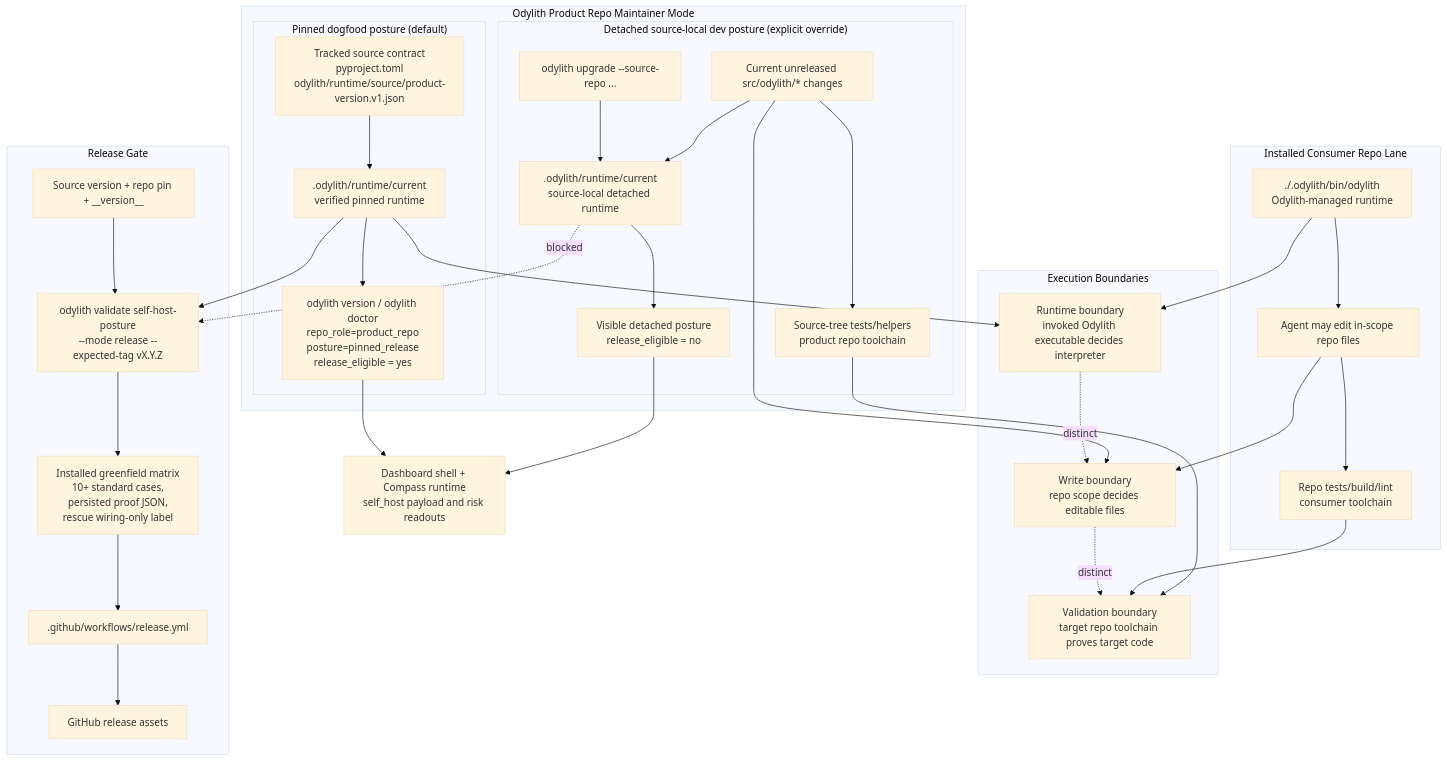
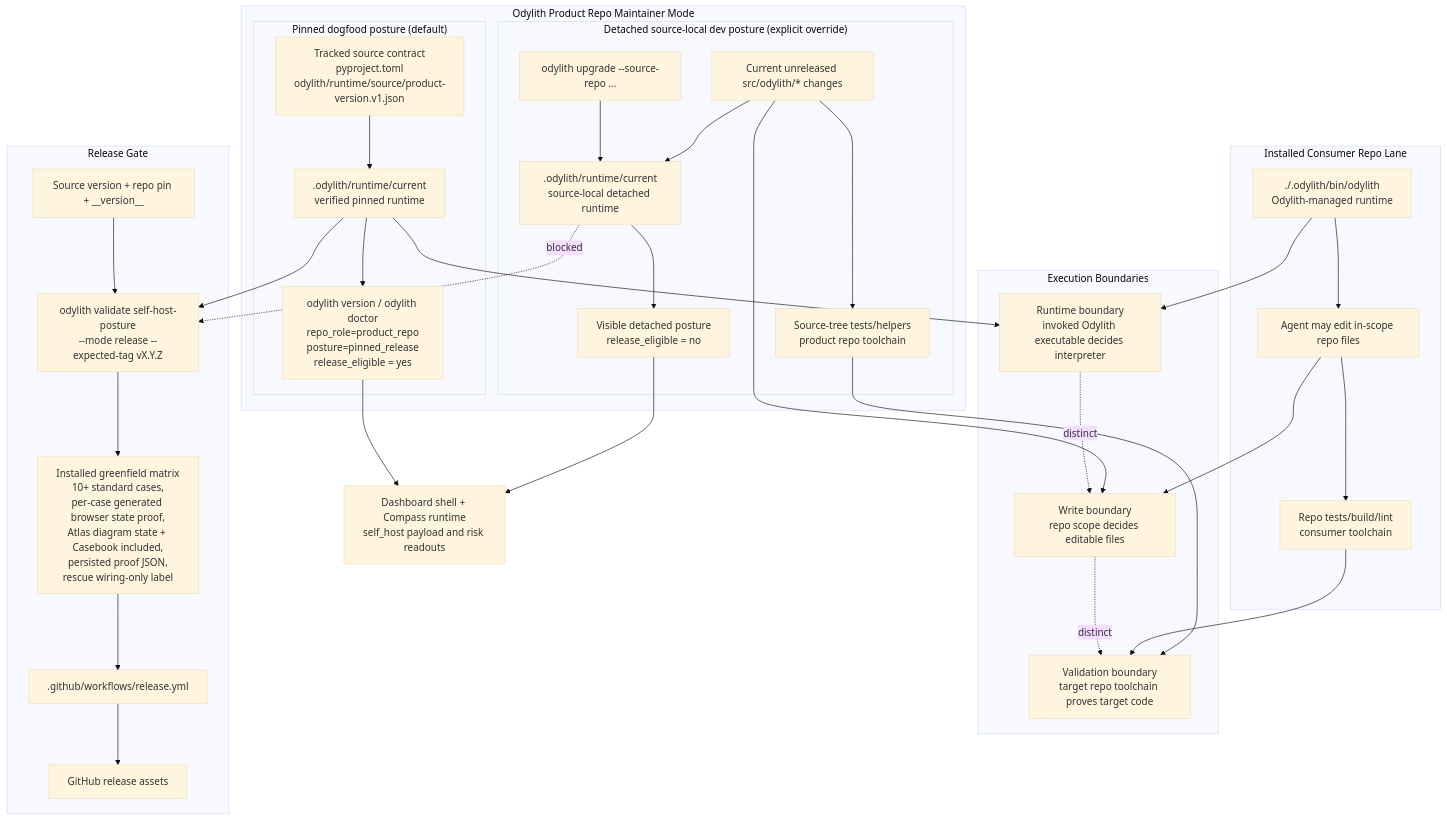
Before and after one commit to odylith/odylith: the diagram in odylith/atlas/source/odylith-self-host-runtime-and-release-gate.mmd, drawn with Mermaid (base theme). The commit also changed 65 other files, not shown here.

Commit message:
Harden greenfield release proof state matrix

```diff
--- a/odylith/atlas/source/odylith-self-host-runtime-and-release-gate.mmd
+++ b/odylith/atlas/source/odylith-self-host-runtime-and-release-gate.mmd
@@ -1,55 +1,55 @@
 flowchart TB
     subgraph Consumer["Installed Consumer Repo Lane"]
         ConsumerLauncher["./.odylith/bin/odylith<br/>Odylith-managed runtime"]
         ConsumerWrites["Agent may edit in-scope repo files"]
         ConsumerToolchain["Repo tests/build/lint<br/>consumer toolchain"]
         ConsumerLauncher --> ConsumerWrites --> ConsumerToolchain
     end
 
     subgraph Maintainer["Odylith Product Repo Maintainer Mode"]
         subgraph Dogfood["Pinned dogfood posture (default)"]
             Source["Tracked source contract<br/>pyproject.toml<br/>odylith/runtime/source/product-version.v1.json"]
             Runtime[".odylith/runtime/current<br/>verified pinned runtime"]
             Status["odylith version / odylith doctor<br/>repo_role=product_repo<br/>posture=pinned_release<br/>release_eligible = yes"]
             Source --> Runtime --> Status
         end
 
         subgraph Dev["Detached source-local dev posture (explicit override)"]
             Override["odylith upgrade --source-repo ..."]
             Detached[".odylith/runtime/current<br/>source-local detached runtime"]
             LiveSource["Current unreleased src/odylith/* changes"]
             DevHelpers["Source-tree tests/helpers<br/>product repo toolchain"]
             DetachedStatus["Visible detached posture<br/>release_eligible = no"]
             Override --> Detached --> DetachedStatus
             LiveSource --> Detached
             LiveSource --> DevHelpers
         end
     end
 
     subgraph Boundaries["Execution Boundaries"]
         RuntimeBoundary["Runtime boundary<br/>invoked Odylith executable decides interpreter"]
         WriteBoundary["Write boundary<br/>repo scope decides editable files"]
         ValidationBoundary["Validation boundary<br/>target repo toolchain proves target code"]
         RuntimeBoundary -. distinct .-> WriteBoundary
         WriteBoundary -. distinct .-> ValidationBoundary
     end
 
     subgraph Gate["Release Gate"]
         Pin["Source version + repo pin + __version__"]
         Validate["odylith validate self-host-posture<br/>--mode release --expected-tag vX.Y.Z"]
-        Matrix["Installed greenfield matrix<br/>10+ standard cases,<br/>persisted proof JSON,<br/>rescue wiring-only label"]
+        Matrix["Installed greenfield matrix<br/>10+ standard cases,<br/>per-case generated browser state proof,<br/>Atlas diagram state + Casebook included,<br/>persisted proof JSON,<br/>rescue wiring-only label"]
         Workflow[".github/workflows/release.yml"]
         Publish["GitHub release assets"]
         Pin --> Validate --> Matrix --> Workflow --> Publish
     end
 
     ConsumerLauncher --> RuntimeBoundary
     ConsumerWrites --> WriteBoundary
     ConsumerToolchain --> ValidationBoundary
     Runtime --> RuntimeBoundary
     LiveSource --> WriteBoundary
     DevHelpers --> ValidationBoundary
     Runtime --> Validate
     Detached -. blocked .-> Validate
     Status --> Readouts["Dashboard shell + Compass runtime<br/>self_host payload and risk readouts"]
     DetachedStatus --> Readouts
```
